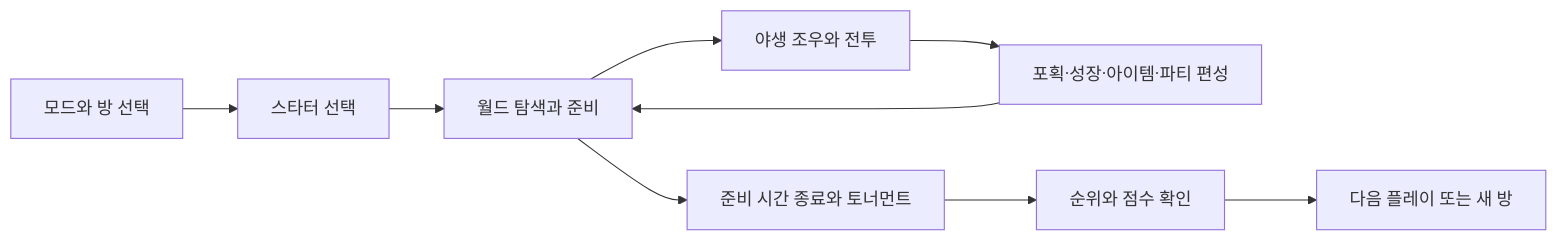
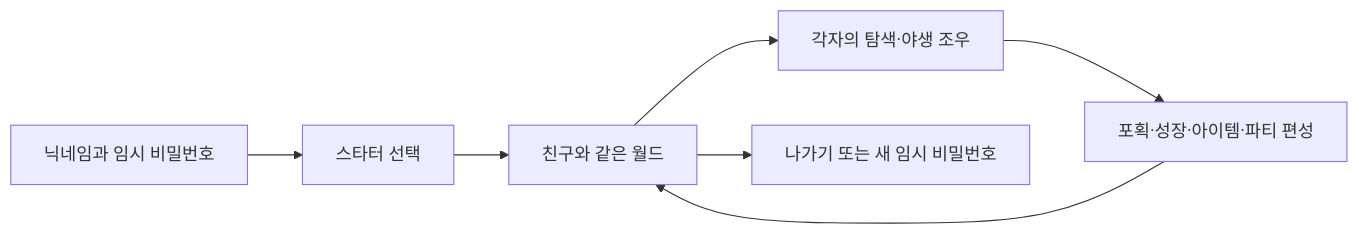
One commit to icecokel/VSCoke changed the first of 2 diagrams in docs/poke-lounge-game-concept.md. Above: the diagram before and after it, drawn with Mermaid. The commit also changed other lines of this file and 22 other files, not shown here.

````diff
--- a/docs/poke-lounge-game-concept.md
+++ b/docs/poke-lounge-game-concept.md
@@ -35,11 +48,9 @@
 ```mermaid
 flowchart LR
-  Entry["모드와 방 선택"] --> Starter["스타터 선택"]
-  Starter --> Prepare["월드 탐색과 준비"]
-  Prepare --> Encounter["야생 조우와 전투"]
+  Entry["닉네임과 임시 비밀번호"] --> Starter["스타터 선택"]
+  Starter --> World["친구와 같은 월드"]
+  World --> Encounter["각자의 탐색·야생 조우"]
   Encounter --> Growth["포획·성장·아이템·파티 편성"]
-  Growth --> Prepare
-  Prepare --> Tournament["준비 시간 종료와 토너먼트"]
-  Tournament --> Result["순위와 점수 확인"]
-  Result --> Next["다음 플레이 또는 새 방"]
+  Growth --> World
+  World --> Exit["나가기 또는 새 임시 비밀번호"]
 ```
````
